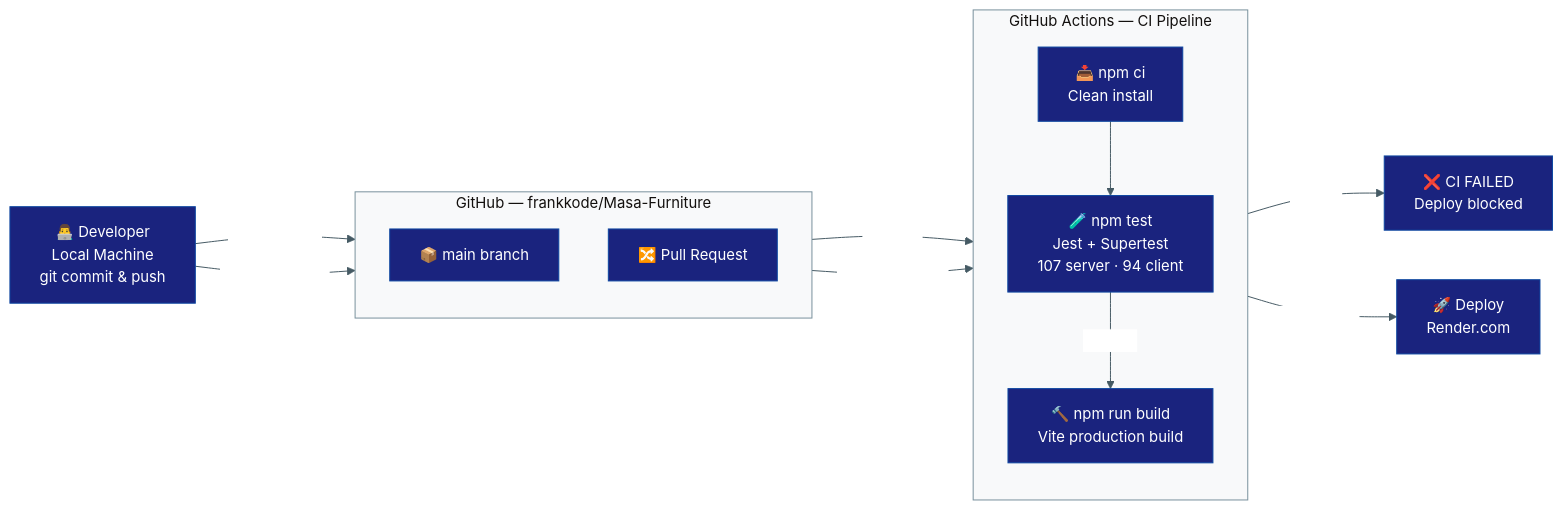
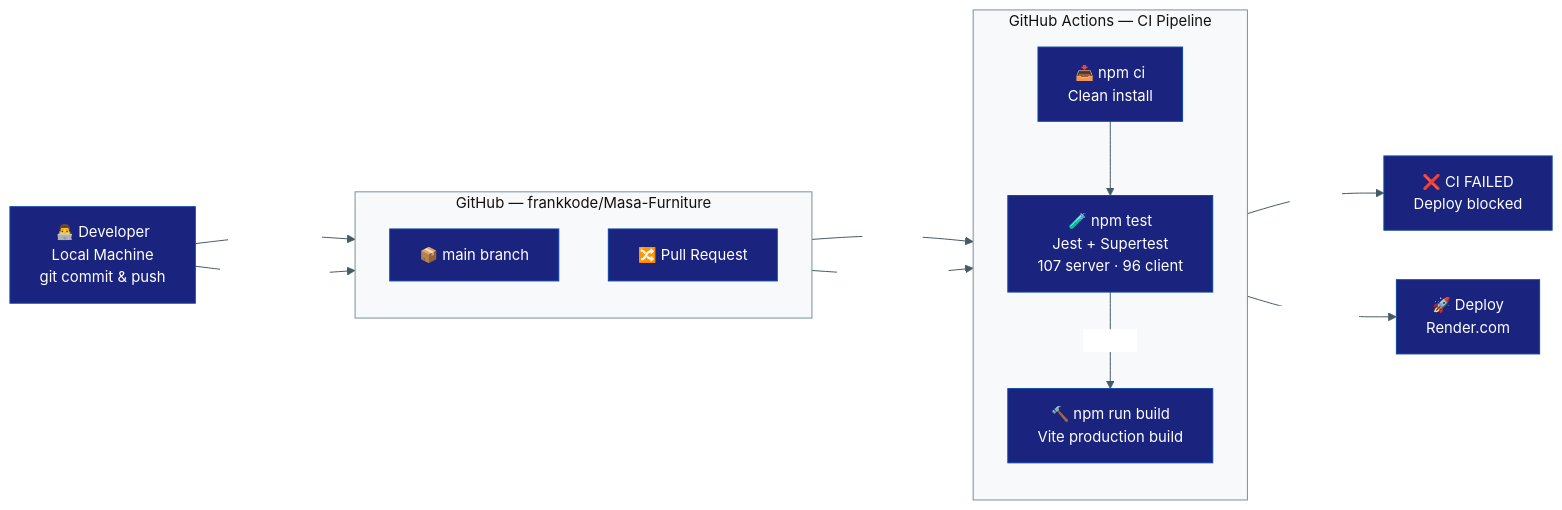
The diagram in README.md (frankkode/Masa-Furniture), drawn with Mermaid before and after one commit. The commit also changed other lines of this file, not shown here.

Commit message:
docs: correct README — test counts, middleware names, env vars, schema

````diff
--- a/README.md
+++ b/README.md
@@ -109,44 +109,44 @@
 ```mermaid
 %%{init: {
   "theme": "base",
   "themeVariables": {
     "primaryColor": "#1A237E",
     "primaryTextColor": "#FFFFFF",
     "primaryBorderColor": "#0D47A1",
     "lineColor": "#455A64",
     "secondaryColor": "#E8F5E9",
     "tertiaryColor": "#ECEFF1",
     "clusterBkg": "#F8F9FA",
     "clusterBorder": "#78909C",
     "edgeLabelBackground": "#FFFFFF",
     "fontSize": "15px"
   }
 }}%%
 flowchart LR
     DEV["👨‍💻  Developer\nLocal Machine\ngit commit & push"]
 
     subgraph GH ["  GitHub — frankkode/Masa-Furniture  "]
         direction TB
         REPO["📦  main branch"]
         PR["🔀  Pull Request"]
     end
 
     subgraph CI ["  GitHub Actions — CI Pipeline  "]
         direction TB
         INSTALL["📥  npm ci\nClean install"]
-        TEST["🧪  npm test\nJest + Supertest\n107 server · 94 client"]
+        TEST["🧪  npm test\nJest + Supertest\n107 server · 96 client"]
         BUILD["🔨  npm run build\nVite production build"]
     end
 
     LIVE["🚀  Deploy\nRender.com"]
     FAIL["❌  CI FAILED\nDeploy blocked"]
 
     DEV -->|"git push main"| REPO
     DEV -->|"git push feature"| PR
     REPO -->|"on: push"| INSTALL
     PR -->|"on: pull_request"| INSTALL
     INSTALL --> TEST
     TEST -->|"All pass"| BUILD
     TEST -->|"Any fail"| FAIL
     BUILD -->|"main branch"| LIVE
 ```
````
